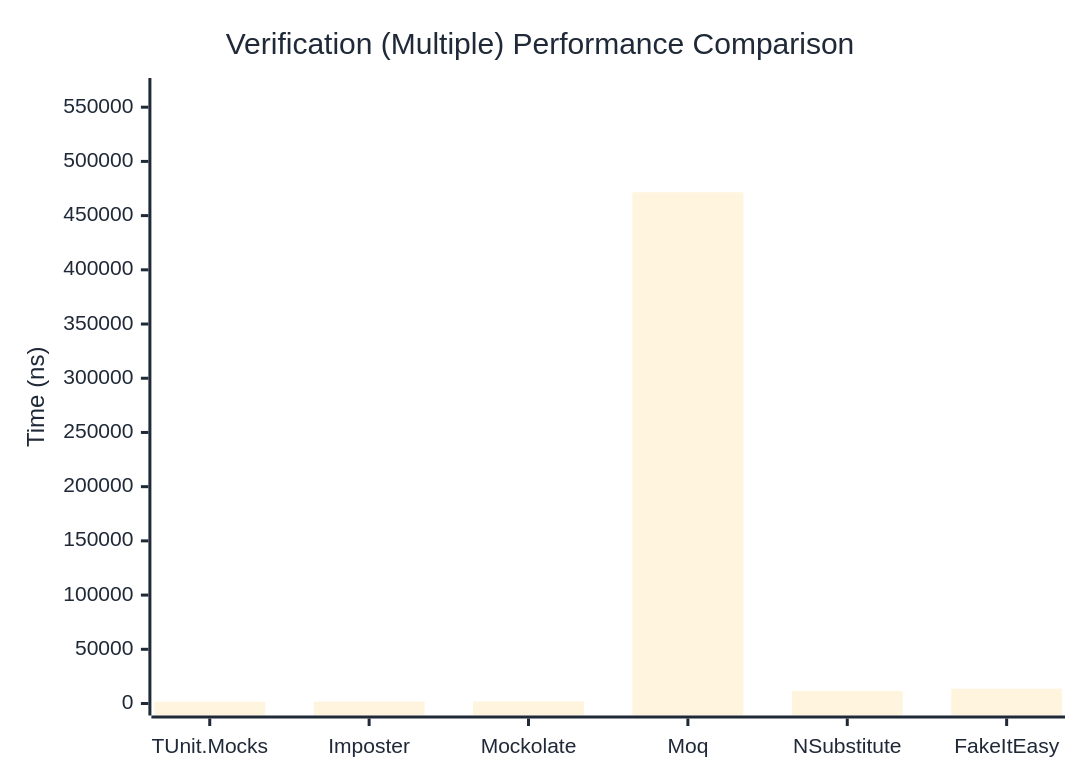
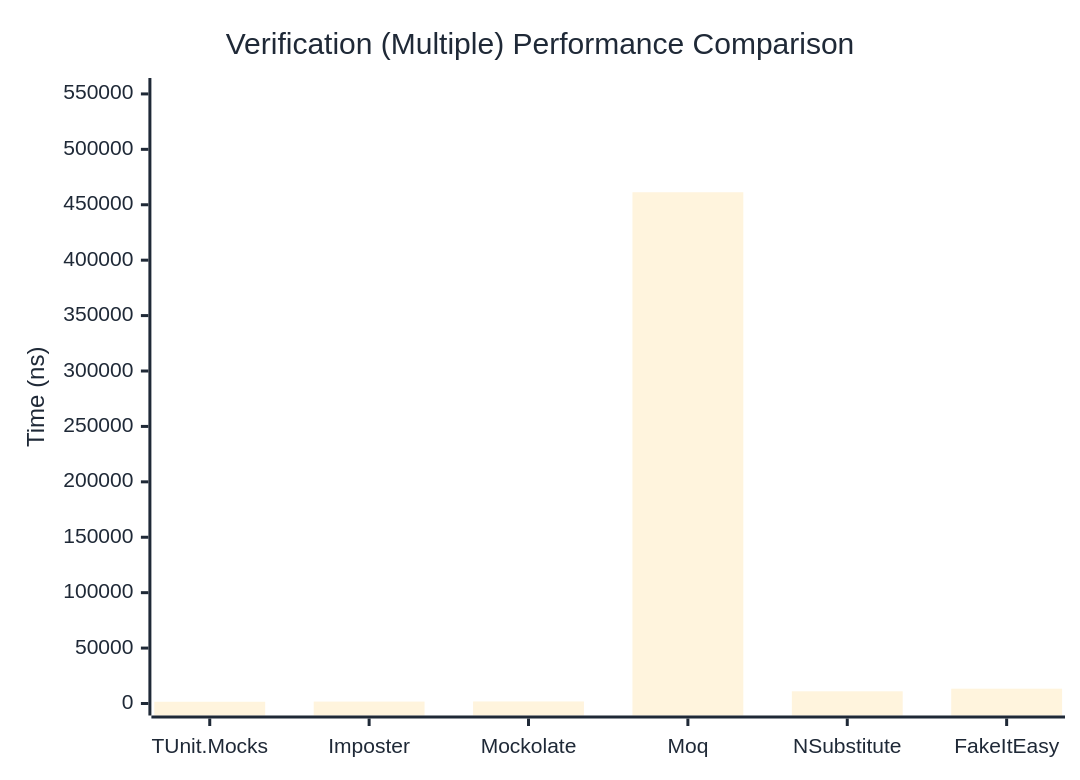
The third of 3 diagrams in docs/docs/benchmarks/mocks/Verification.md (thomhurst/TUnit), drawn with Mermaid before and after one commit. The commit also changed other lines of this file and 13 other files, not shown here.

````diff
--- a/docs/docs/benchmarks/mocks/Verification.md
+++ b/docs/docs/benchmarks/mocks/Verification.md
@@ -110,27 +110,27 @@
 ```mermaid
 %%{init: {
   'theme':'base',
   'themeVariables': {
     'primaryColor': '#2563eb',
     'primaryTextColor': '#1f2937',
     'primaryBorderColor': '#1e40af',
     'lineColor': '#6b7280',
     'secondaryColor': '#7c3aed',
     'tertiaryColor': '#dc2626',
     'background': '#ffffff',
     'pie1': '#2563eb',
     'pie2': '#7c3aed',
     'pie3': '#dc2626',
     'pie4': '#f59e0b',
     'pie5': '#10b981',
     'pie6': '#06b6d4',
     'pie7': '#ec4899',
     'pie8': '#6366f1'
   }
 }}%%
 xychart-beta
   title "Verification (Multiple) Performance Comparison"
   x-axis ["TUnit.Mocks", "Imposter", "Mockolate", "Moq", "NSubstitute", "FakeItEasy"]
-  y-axis "Time (ns)" 0 --> 565861
-  bar [1667.08, 1753.72, 1845.95, 471550.06, 11569.3, 13677.73]
+  y-axis "Time (ns)" 0 --> 553541
+  bar [1576.26, 1731.41, 1840.88, 461283.98, 11013.13, 13373.52]
 ```
````
